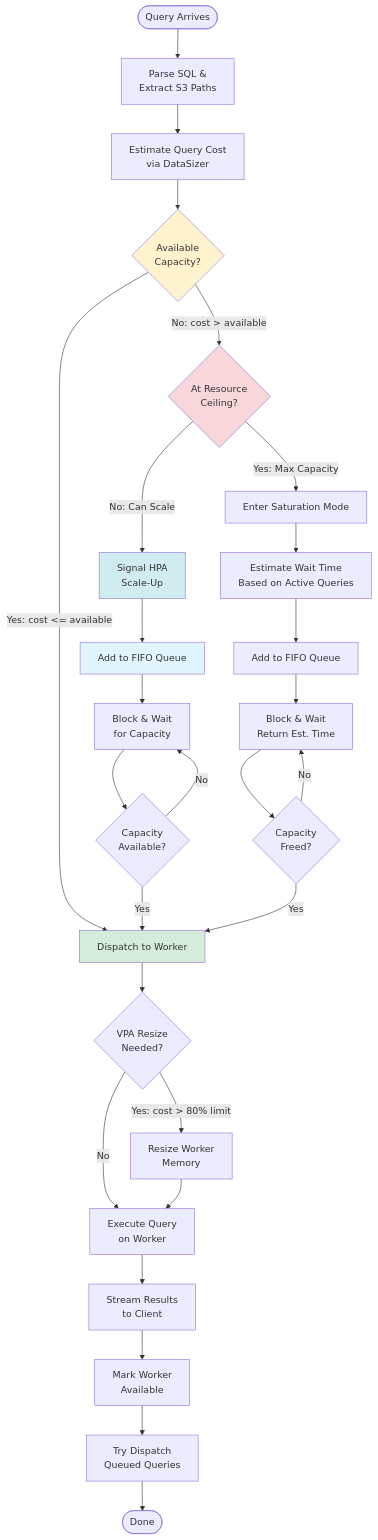
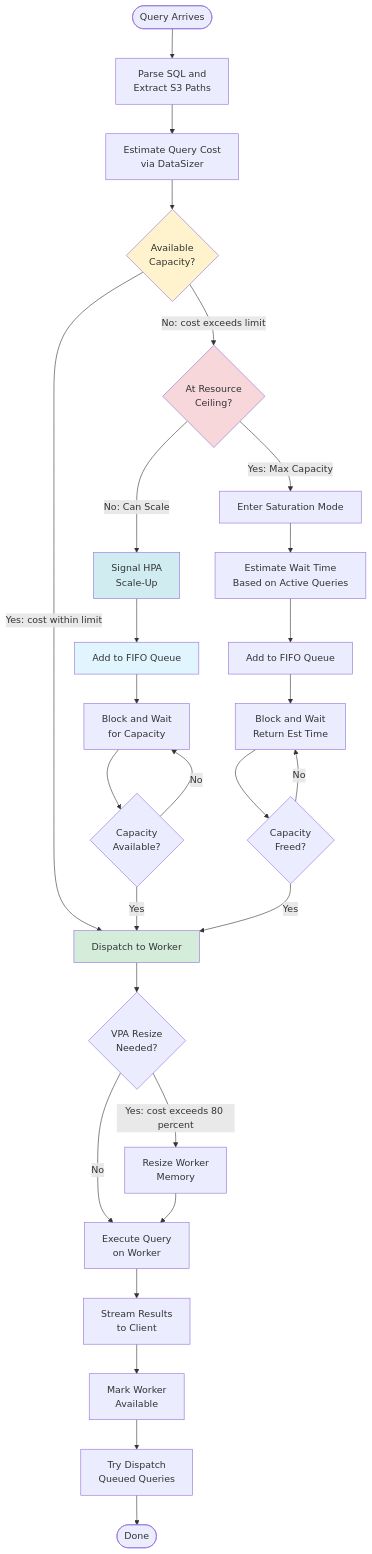
The third of 11 diagrams in README.md (Angelerator/Tavana), drawn with Mermaid before and after one commit. The commit also changed other lines of this file, not shown here.

First line of the commit message:
fix: Mermaid syntax errors in architecture diagrams

````diff
--- a/README.md
+++ b/README.md
@@ -834,42 +834,42 @@
 ```mermaid
 flowchart TD
-    Start([Query Arrives]) --> Parse[Parse SQL &<br/>Extract S3 Paths]
+    Start([Query Arrives]) --> Parse[Parse SQL and<br/>Extract S3 Paths]
     Parse --> Estimate[Estimate Query Cost<br/>via DataSizer]
     
     Estimate --> Check{Available<br/>Capacity?}
     
-    Check -->|Yes: cost <= available| Dispatch[Dispatch to Worker]
+    Check -->|Yes: cost within limit| Dispatch[Dispatch to Worker]
     
-    Check -->|No: cost > available| CheckCeiling{At Resource<br/>Ceiling?}
+    Check -->|No: cost exceeds limit| CheckCeiling{At Resource<br/>Ceiling?}
     
     CheckCeiling -->|No: Can Scale| Signal[Signal HPA<br/>Scale-Up]
     Signal --> Queue[Add to FIFO Queue]
-    Queue --> Wait[Block & Wait<br/>for Capacity]
+    Queue --> Wait[Block and Wait<br/>for Capacity]
     Wait --> Recheck{Capacity<br/>Available?}
     Recheck -->|No| Wait
     Recheck -->|Yes| Dispatch
     
     CheckCeiling -->|Yes: Max Capacity| Saturation[Enter Saturation Mode]
     Saturation --> EstWait[Estimate Wait Time<br/>Based on Active Queries]
     EstWait --> QueueSat[Add to FIFO Queue]
-    QueueSat --> WaitSat[Block & Wait<br/>Return Est. Time]
+    QueueSat --> WaitSat[Block and Wait<br/>Return Est Time]
     WaitSat --> RecheckSat{Capacity<br/>Freed?}
     RecheckSat -->|No| WaitSat
     RecheckSat -->|Yes| Dispatch
     
     Dispatch --> VPACheck{VPA Resize<br/>Needed?}
-    VPACheck -->|Yes: cost > 80% limit| Resize[Resize Worker<br/>Memory]
+    VPACheck -->|Yes: cost exceeds 80 percent| Resize[Resize Worker<br/>Memory]
     VPACheck -->|No| Execute[Execute Query<br/>on Worker]
     Resize --> Execute
     
     Execute --> Stream[Stream Results<br/>to Client]
     Stream --> Complete[Mark Worker<br/>Available]
     Complete --> TryDispatch[Try Dispatch<br/>Queued Queries]
     TryDispatch --> End([Done])
     
     style Check fill:#fff3cd
     style CheckCeiling fill:#f8d7da
     style Dispatch fill:#d4edda
     style Queue fill:#e1f5ff
     style Signal fill:#d1ecf1
 ```
````
